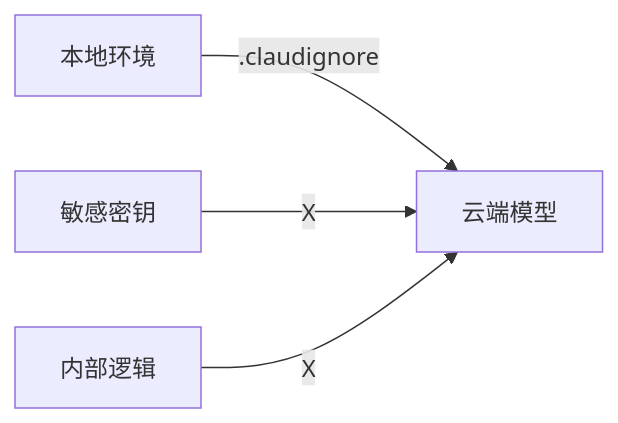
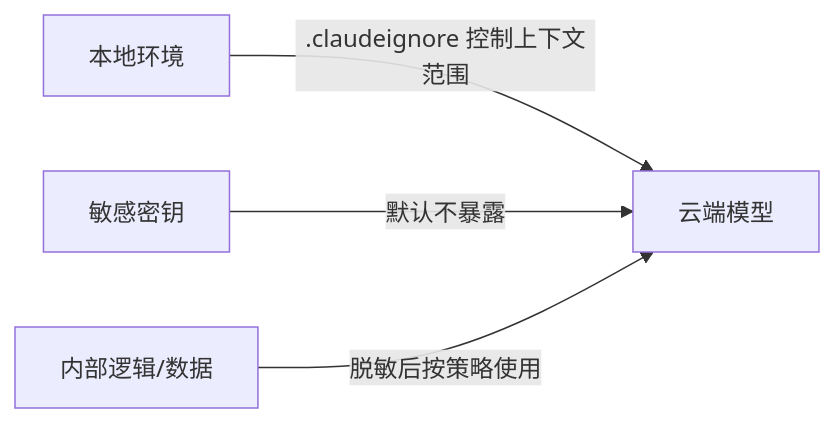
One commit to boycecong-hue/OCTOPUS-GAME-AI-SHARE changed the diagram in sections/05-enterprise.md. Above: the diagram before and after it, drawn with Mermaid. The commit also changed other lines of this file and 6 other files, not shown here.

````diff
--- a/sections/05-enterprise.md
+++ b/sections/05-enterprise.md
@@ -7,6 +7,6 @@
 ```mermaid
 graph LR
-    Local[本地环境] -- ".claudignore" --> Cloud[云端模型]
-    Secret[敏感密钥] -- "X" --> Cloud
-    Private[内部逻辑] -- "X" --> Cloud
+    Local[本地环境] -- ".claudeignore 控制上下文范围" --> Cloud[云端模型]
+    Secret[敏感密钥] -- "默认不暴露" --> Cloud
+    Internal[内部逻辑/数据] -- "脱敏后按策略使用" --> Cloud
 ```
````
